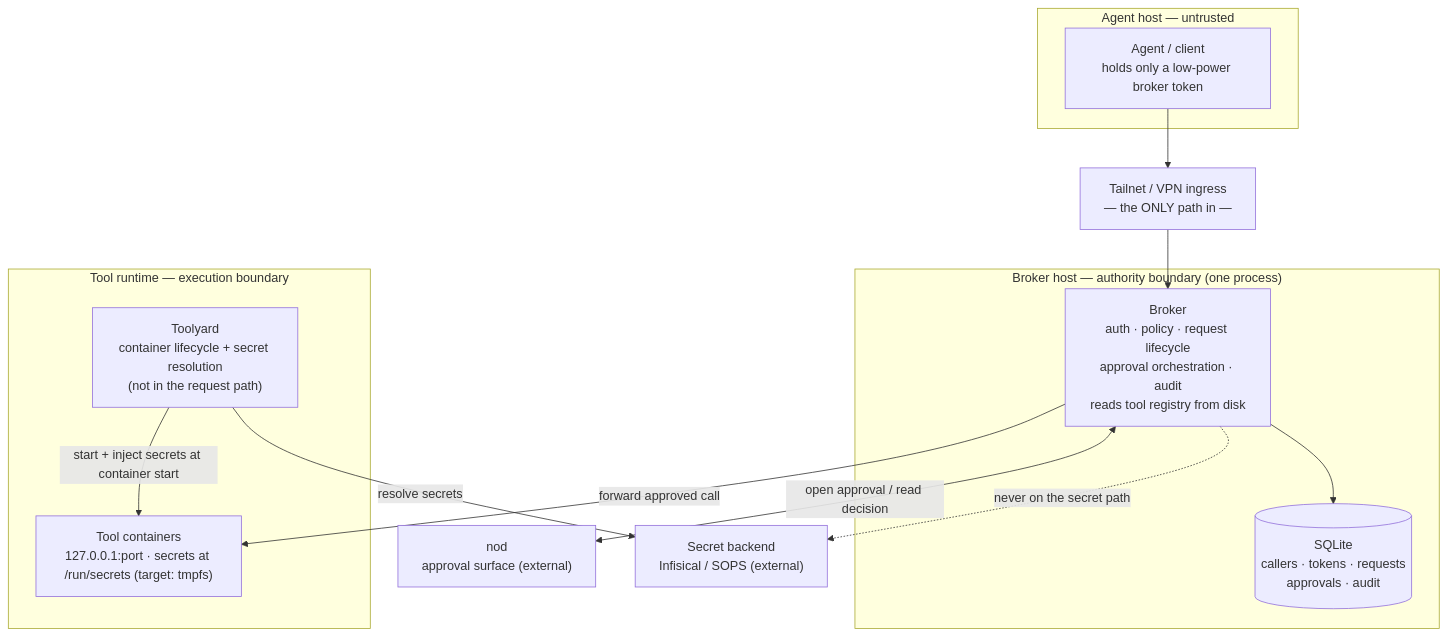
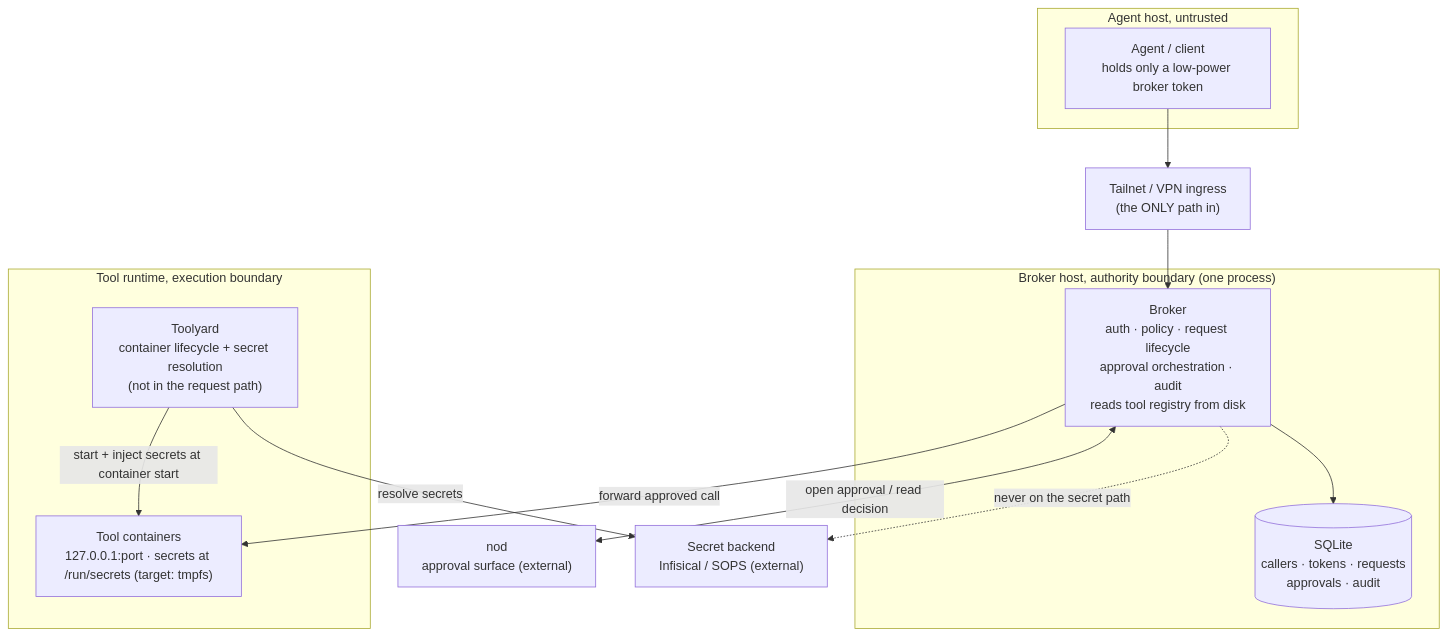
The first of 2 diagrams in docs/component-decomposition.md (batteryshark/Toolstack), drawn with Mermaid before and after one commit. The commit also changed other lines of this file and 107 other files, not shown here.

````diff
--- a/docs/component-decomposition.md
+++ b/docs/component-decomposition.md
@@ -12,29 +12,29 @@
 ```mermaid
 flowchart TB
-    subgraph Untrusted["Agent host — untrusted"]
+    subgraph Untrusted["Agent host, untrusted"]
         Agent["Agent / client<br/>holds only a low-power broker token"]
     end
 
-    Ingress["Tailnet / VPN ingress<br/>— the ONLY path in —"]
+    Ingress["Tailnet / VPN ingress<br/>(the ONLY path in)"]
 
-    subgraph BrokerHost["Broker host — authority boundary (one process)"]
+    subgraph BrokerHost["Broker host, authority boundary (one process)"]
         Broker["Broker<br/>auth · policy · request lifecycle<br/>approval orchestration · audit<br/>reads tool registry from disk"]
         DB[("SQLite<br/>callers · tokens · requests<br/>approvals · audit")]
     end
 
-    subgraph Workload["Tool runtime — execution boundary"]
+    subgraph Workload["Tool runtime, execution boundary"]
         Toolyard["Toolyard<br/>container lifecycle + secret resolution<br/>(not in the request path)"]
         Tools["Tool containers<br/>127.0.0.1:port · secrets at /run/secrets (target: tmpfs)"]
     end
 
     Nod["nod<br/>approval surface (external)"]
     Vault["Secret backend<br/>Infisical / SOPS (external)"]
 
     Agent --> Ingress --> Broker
     Broker --> DB
     Broker -->|forward approved call| Tools
     Toolyard -->|start + inject secrets at container start| Tools
     Broker <-->|open approval / read decision| Nod
     Toolyard -->|resolve secrets| Vault
     Broker -. never on the secret path .-> Vault
 ```
````
